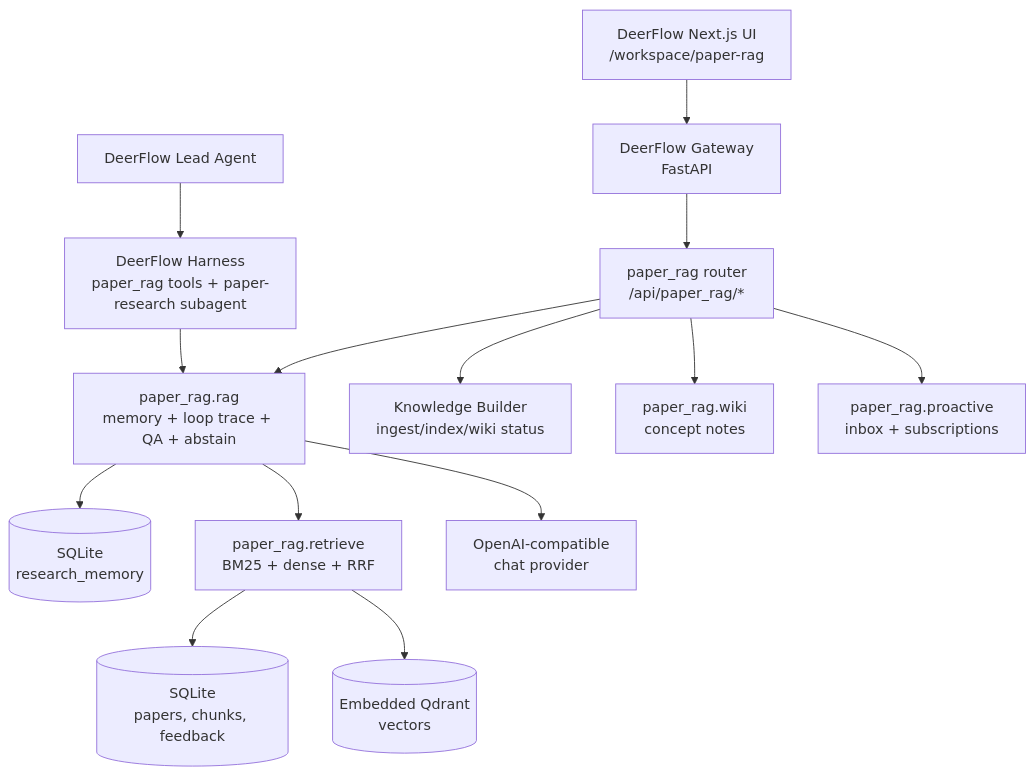
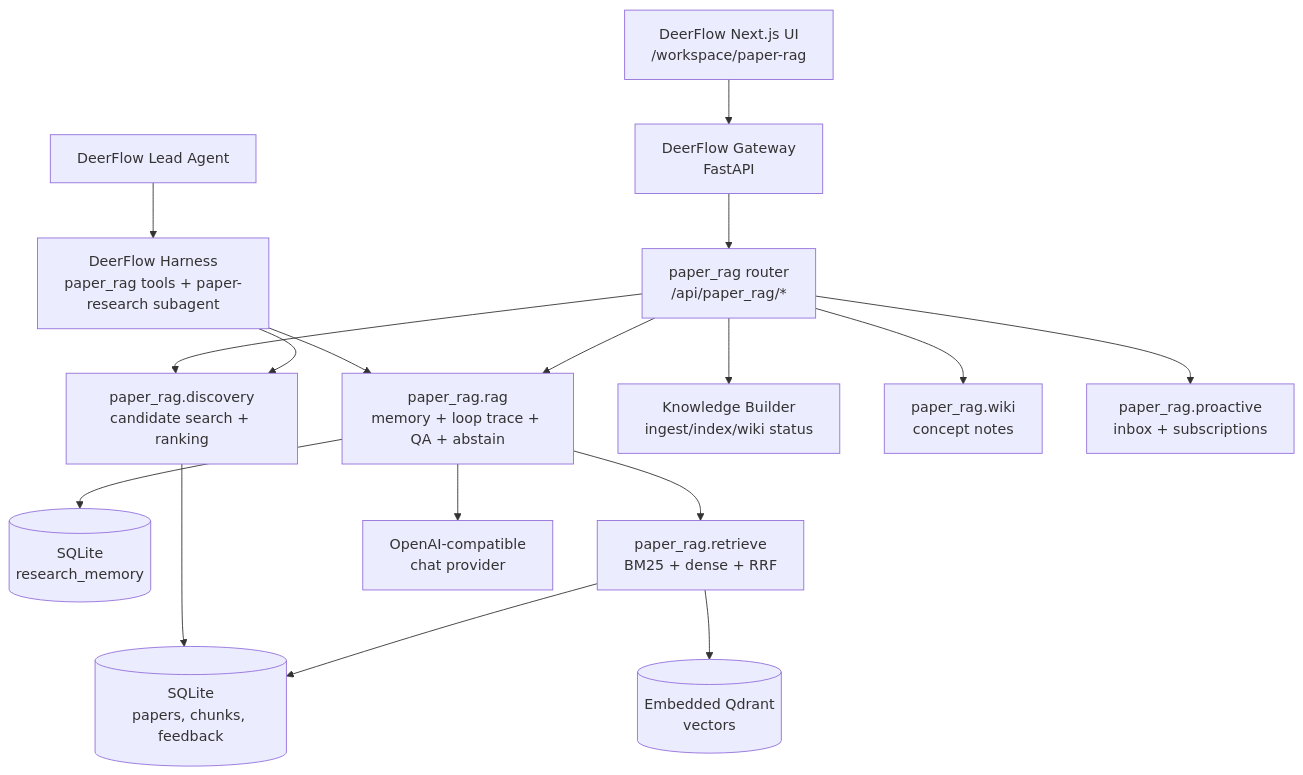
The first of 3 diagrams in README.md (vve11/agentic_rag), drawn with Mermaid before and after one commit. The commit also changed other lines of this file and 30 other files, not shown here.

Commit message:
Add Paper Discovery Loop

````diff
--- a/README.md
+++ b/README.md
@@ -280,16 +285,19 @@
 ```mermaid
 flowchart TB
     FE["DeerFlow Next.js UI<br/>/workspace/paper-rag"] --> GW["DeerFlow Gateway<br/>FastAPI"]
     GW --> API["paper_rag router<br/>/api/paper_rag/*"]
     LA["DeerFlow Lead Agent"] --> HAR["DeerFlow Harness<br/>paper_rag tools + paper-research subagent"]
     HAR --> QA
+    API --> DISC["paper_rag.discovery<br/>candidate search + ranking"]
+    DISC --> SQL
+    HAR --> DISC
     API --> QA["paper_rag.rag<br/>memory + loop trace + QA + abstain"]
     QA --> MEM[("SQLite<br/>research_memory")]
     QA --> RET["paper_rag.retrieve<br/>BM25 + dense + RRF"]
     RET --> SQL[("SQLite<br/>papers, chunks, feedback")]
     RET --> QDR[("Embedded Qdrant<br/>vectors")]
     API --> KB["Knowledge Builder<br/>ingest/index/wiki status"]
     API --> WIKI["paper_rag.wiki<br/>concept notes"]
     API --> PRO["paper_rag.proactive<br/>inbox + subscriptions"]
     QA --> LLM["OpenAI-compatible<br/>chat provider"]
 ```
````
